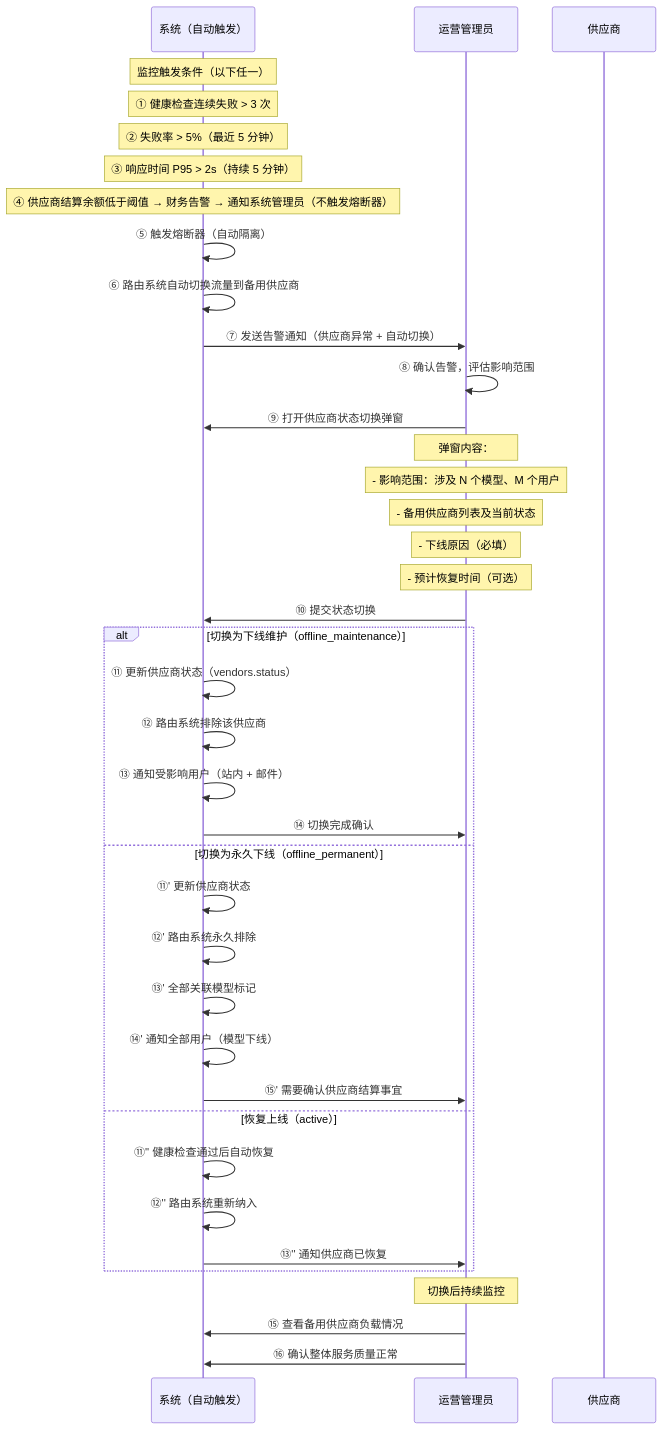
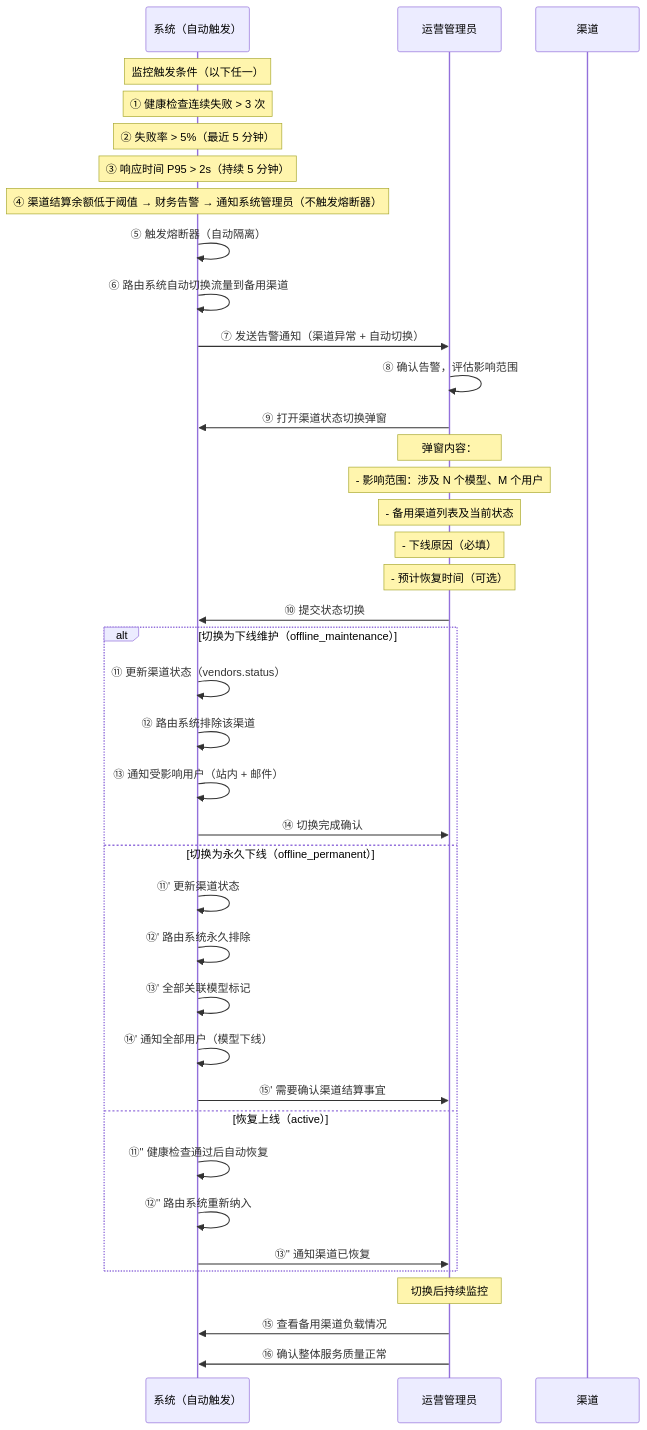
The diagram in docs/flowcharts/04-vendor-status-switch.md (k19008800/3c), drawn with Mermaid before and after one commit. The commit also changed other lines of this file and 616 other files, not shown here.

````diff
--- a/docs/flowcharts/04-vendor-status-switch.md
+++ b/docs/flowcharts/04-vendor-status-switch.md
@@ -7,48 +7,48 @@
 ```mermaid
 sequenceDiagram
     participant S as 系统（自动触发）
     participant O as 运营管理员
-    participant V as 供应商
+    participant V as 渠道
 
     Note over S: 监控触发条件（以下任一）
     Note over S: ① 健康检查连续失败 > 3 次
     Note over S: ② 失败率 > 5%（最近 5 分钟）
     Note over S: ③ 响应时间 P95 > 2s（持续 5 分钟）
-    Note over S: ④ 供应商结算余额低于阈值 → 财务告警 → 通知系统管理员（不触发熔断器）
+    Note over S: ④ 渠道结算余额低于阈值 → 财务告警 → 通知系统管理员（不触发熔断器）
 
     S->>S: ⑤ 触发熔断器（自动隔离）
-    S->>S: ⑥ 路由系统自动切换流量到备用供应商
-    S->>O: ⑦ 发送告警通知（供应商异常 + 自动切换）
+    S->>S: ⑥ 路由系统自动切换流量到备用渠道
+    S->>O: ⑦ 发送告警通知（渠道异常 + 自动切换）
 
     O->>O: ⑧ 确认告警，评估影响范围
-    O->>S: ⑨ 打开供应商状态切换弹窗
+    O->>S: ⑨ 打开渠道状态切换弹窗
 
     Note over O: 弹窗内容：
     Note over O: - 影响范围：涉及 N 个模型、M 个用户
-    Note over O: - 备用供应商列表及当前状态
+    Note over O: - 备用渠道列表及当前状态
     Note over O: - 下线原因（必填）
     Note over O: - 预计恢复时间（可选）
 
     O->>S: ⑩ 提交状态切换
 
     alt 切换为下线维护（offline_maintenance）
-        S->>S: ⑪ 更新供应商状态（vendors.status）
-        S->>S: ⑫ 路由系统排除该供应商
+        S->>S: ⑪ 更新渠道状态（vendors.status）
+        S->>S: ⑫ 路由系统排除该渠道
         S->>S: ⑬ 通知受影响用户（站内 + 邮件）
         S->>O: ⑭ 切换完成确认
     else 切换为永久下线（offline_permanent）
-        S->>S: ⑪' 更新供应商状态
+        S->>S: ⑪' 更新渠道状态
         S->>S: ⑫' 路由系统永久排除
         S->>S: ⑬' 全部关联模型标记
         S->>S: ⑭' 通知全部用户（模型下线）
-        S->>O: ⑮' 需要确认供应商结算事宜
+        S->>O: ⑮' 需要确认渠道结算事宜
     else 恢复上线（active）
         S->>S: ⑪'' 健康检查通过后自动恢复
         S->>S: ⑫'' 路由系统重新纳入
-        S->>O: ⑬'' 通知供应商已恢复
+        S->>O: ⑬'' 通知渠道已恢复
     end
 
     Note over O: 切换后持续监控
-    O->>S: ⑮ 查看备用供应商负载情况
+    O->>S: ⑮ 查看备用渠道负载情况
     O->>S: ⑯ 确认整体服务质量正常
 ```
````
